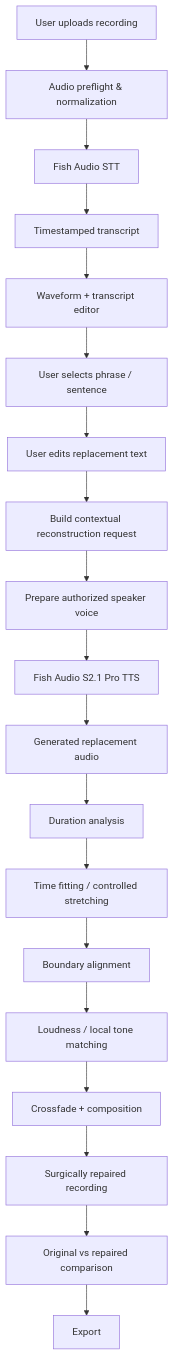
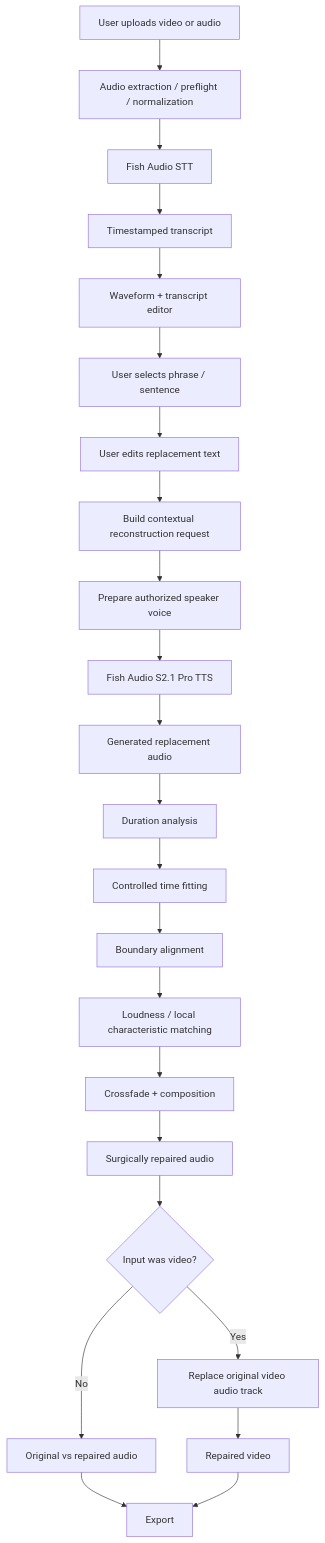
One commit to vishalsingh2972/speech-surgeon changed the first of 3 diagrams in README.md. Above: the diagram before and after it, drawn with Mermaid. The commit also changed other lines of this file, not shown here.

````diff
--- a/README.md
+++ b/README.md
@@ -153,21 +292,25 @@
 ```mermaid
 flowchart TD
-    A["User uploads recording"] --> B["Audio preflight & normalization"]
+    A["User uploads video or audio"] --> B["Audio extraction / preflight / normalization"]
     B --> C["Fish Audio STT"]
     C --> D["Timestamped transcript"]
     D --> E["Waveform + transcript editor"]
     E --> F["User selects phrase / sentence"]
     F --> G["User edits replacement text"]
     G --> H["Build contextual reconstruction request"]
     H --> I["Prepare authorized speaker voice"]
     I --> J["Fish Audio S2.1 Pro TTS"]
     J --> K["Generated replacement audio"]
     K --> L["Duration analysis"]
-    L --> M["Time fitting / controlled stretching"]
+    L --> M["Controlled time fitting"]
     M --> N["Boundary alignment"]
-    N --> O["Loudness / local tone matching"]
+    N --> O["Loudness / local characteristic matching"]
     O --> P["Crossfade + composition"]
-    P --> Q["Surgically repaired recording"]
-    Q --> R["Original vs repaired comparison"]
-    R --> S["Export"]
+    P --> Q["Surgically repaired audio"]
+    Q --> R{"Input was video?"}
+    R -- "No" --> S["Original vs repaired audio"]
+    R -- "Yes" --> T["Replace original video audio track"]
+    T --> U["Repaired video"]
+    S --> V["Export"]
+    U --> V
 ```
````
